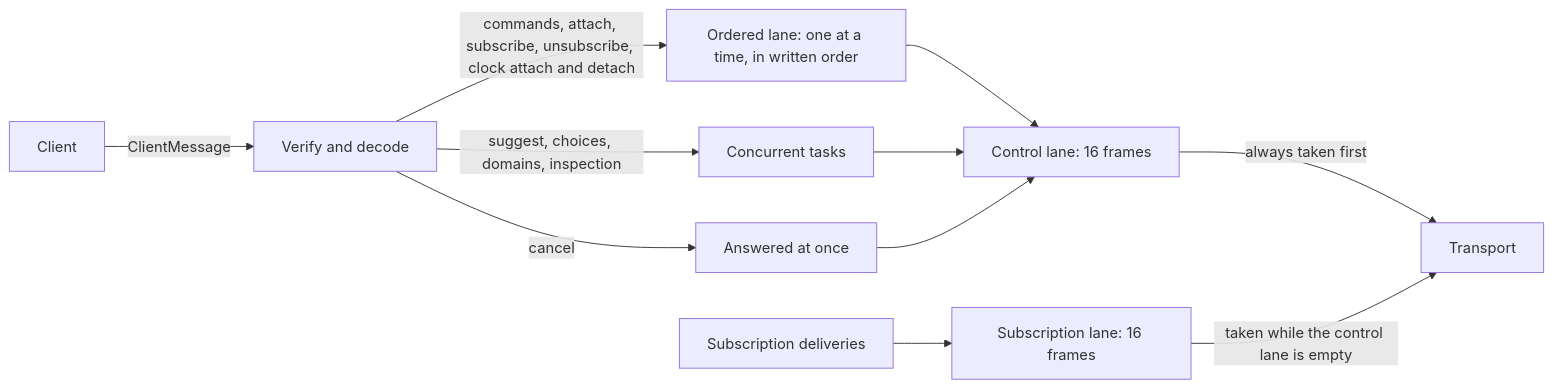
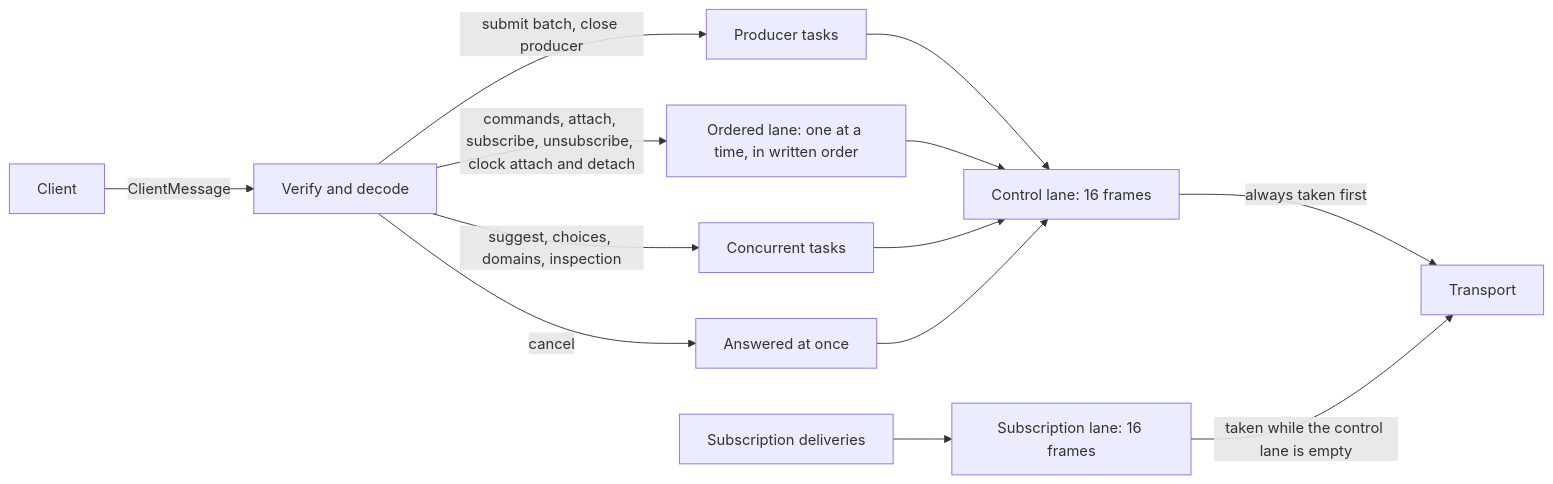
The first of 7 diagrams in docs/src/client-session-protocol.md (nervix-io/nervix), drawn with Mermaid before and after one commit. The commit also changed other lines of this file and 152 other files, not shown here.

````diff
--- a/docs/src/client-session-protocol.md
+++ b/docs/src/client-session-protocol.md
@@ -342,13 +347,15 @@
 ```mermaid
 flowchart LR
     Client -- ClientMessage --> Decode[Verify and decode]
     Decode -- commands, attach, subscribe, unsubscribe, clock attach and detach --> Ordered[Ordered lane: one at a time, in written order]
     Decode -- suggest, choices, domains, inspection --> Concurrent[Concurrent tasks]
     Decode -- cancel --> Cancel[Answered at once]
+    Decode -- submit batch, close producer --> Pumps[Producer tasks]
+    Pumps --> Control
     Ordered --> Control[Control lane: 16 frames]
     Concurrent --> Control
     Cancel --> Control
     Deliveries[Subscription deliveries] --> Rows[Subscription lane: 16 frames]
     Control -- always taken first --> Transport
     Rows -- taken while the control lane is empty --> Transport
 ```
````
